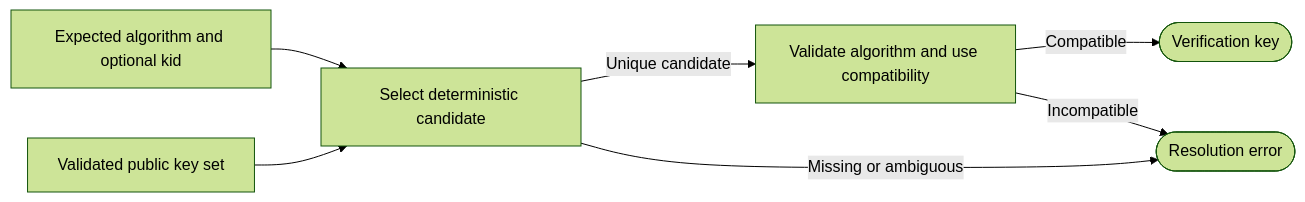
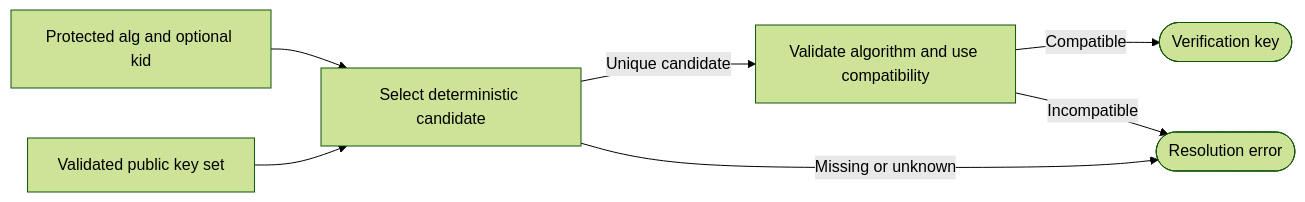
Before and after one commit to mkbeh/xjose: diagram 16 of 20 in DESIGN.md, drawn with Mermaid (forest theme). The commit also changed other lines of this file and 25 other files, not shown here.

````diff
--- a/DESIGN.md
+++ b/DESIGN.md
@@ -608,15 +596,15 @@
 ```mermaid
 flowchart LR
-    Request[Expected algorithm and optional kid]
+    Header[Protected alg and optional kid]
     Set[Validated public key set]
     Select[Select deterministic candidate]
     Validate[Validate algorithm and use compatibility]
     Key([Verification key])
     Error([Resolution error])
-    Request --> Select
+    Header --> Select
     Set --> Select
     Select -->|Unique candidate| Validate
-    Select -->|Missing or ambiguous| Error
+    Select -->|Missing or unknown| Error
     Validate -->|Compatible| Key
     Validate -->|Incompatible| Error
 ```
````
